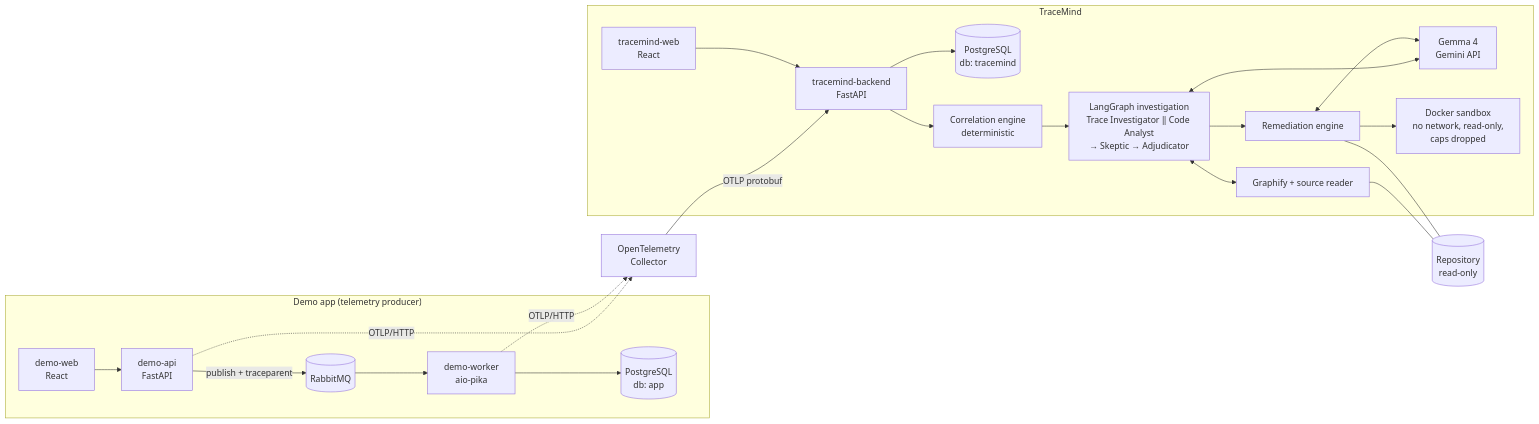
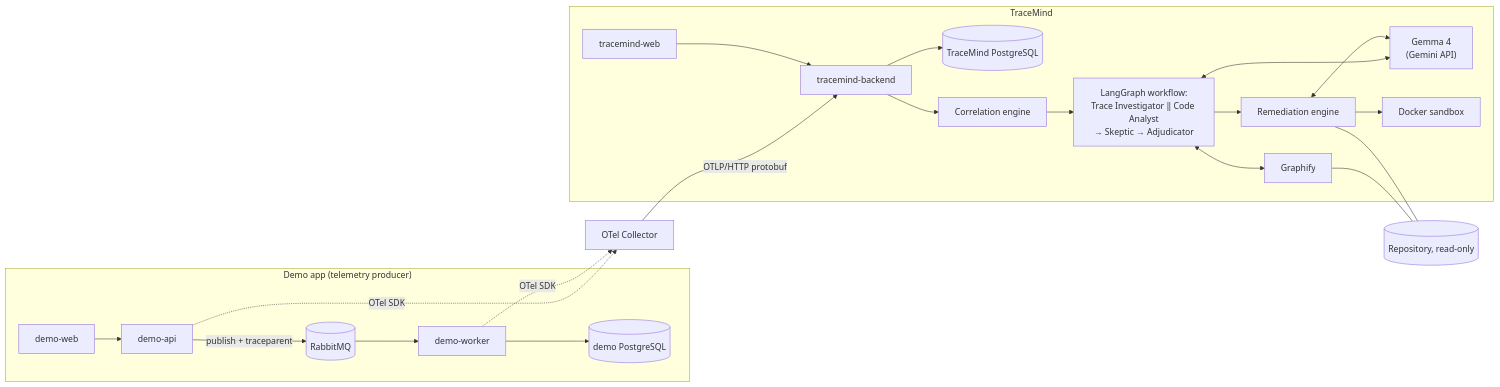
One commit to deepakramanujam321-spec/Tracemind changed the diagram in README.md. Above: the diagram before and after it, drawn with Mermaid. The commit also changed other lines of this file and 3 other files, not shown here.

Commit message:
docs: as-built architecture notes, live Gemma verification, overlay usage note

````diff
--- a/README.md
+++ b/README.md
@@ -46,26 +46,26 @@
 ```mermaid
 flowchart LR
   subgraph demo["Demo app (telemetry producer)"]
-    W[demo-web<br/>React] --> A[demo-api<br/>FastAPI]
-    A -- publish + traceparent --> Q[(RabbitMQ)]
-    Q --> K[demo-worker<br/>aio-pika]
-    K --> P[(PostgreSQL<br/>db: app)]
+    W[demo-web] --> A[demo-api]
+    A -- "publish + traceparent" --> Q[(RabbitMQ)]
+    Q --> K[demo-worker]
+    K --> P[(demo PostgreSQL)]
   end
-  A -. OTLP/HTTP .-> C[OpenTelemetry<br/>Collector]
-  K -. OTLP/HTTP .-> C
-  C -- OTLP protobuf --> T
+  A -. "OTel SDK" .-> C[OTel Collector]
+  K -. "OTel SDK" .-> C
+  C -- "OTLP/HTTP protobuf" --> T
 
   subgraph tm["TraceMind"]
-    T[tracemind-backend<br/>FastAPI] --> S[(PostgreSQL<br/>db: tracemind)]
-    T --> R[Correlation engine<br/>deterministic]
-    R --> L[LangGraph investigation<br/>Trace Investigator ‖ Code Analyst<br/>→ Skeptic → Adjudicator]
-    L <--> G[Gemma 4<br/>Gemini API]
-    L <--> X[Graphify + source reader]
+    UI[tracemind-web] --> T[tracemind-backend]
+    T --> S[(TraceMind PostgreSQL)]
+    T --> R[Correlation engine]
+    R --> L["LangGraph workflow:<br/>Trace Investigator ‖ Code Analyst<br/>→ Skeptic → Adjudicator"]
+    L <--> G["Gemma 4<br/>(Gemini API)"]
+    L <--> X[Graphify]
     L --> E[Remediation engine]
     E <--> G
-    E --> D[Docker sandbox<br/>no network, read-only,<br/>caps dropped]
-    UI[tracemind-web<br/>React] --> T
+    E --> D[Docker sandbox]
   end
-  X --- Rp[(Repository<br/>read-only)]
+  X --- Rp[(Repository, read-only)]
   E --- Rp
 ```
````
